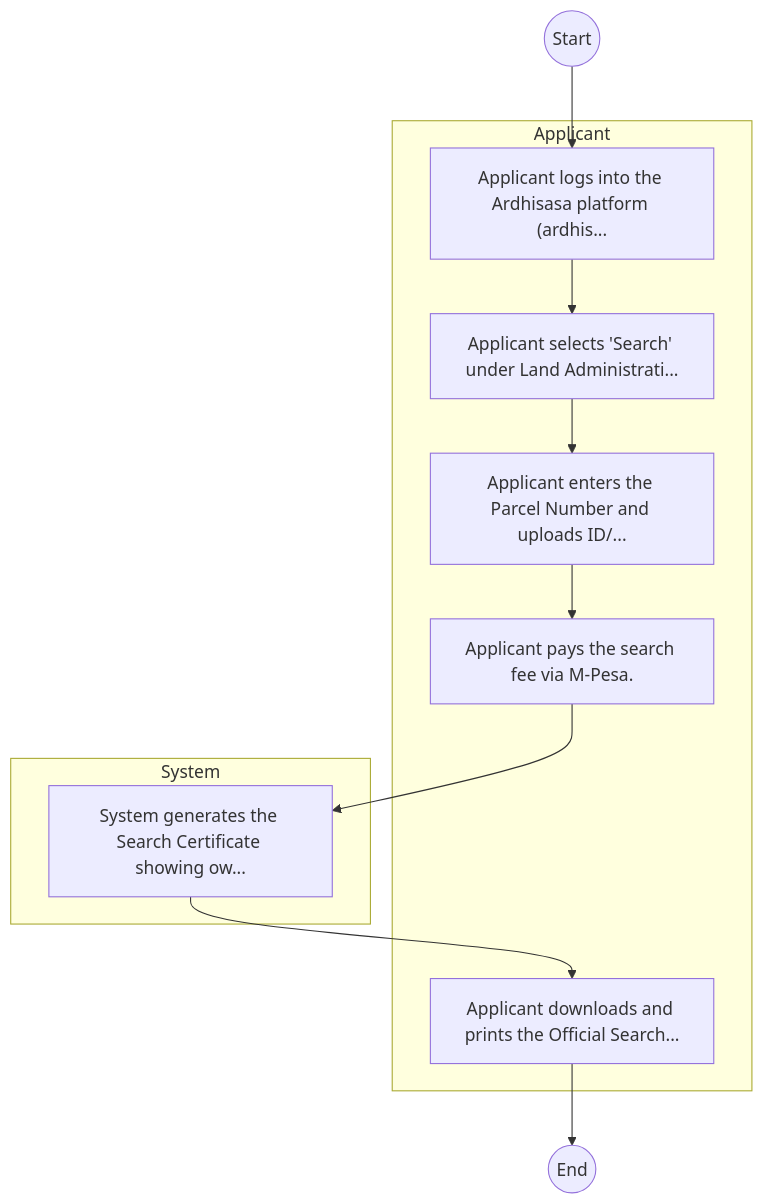
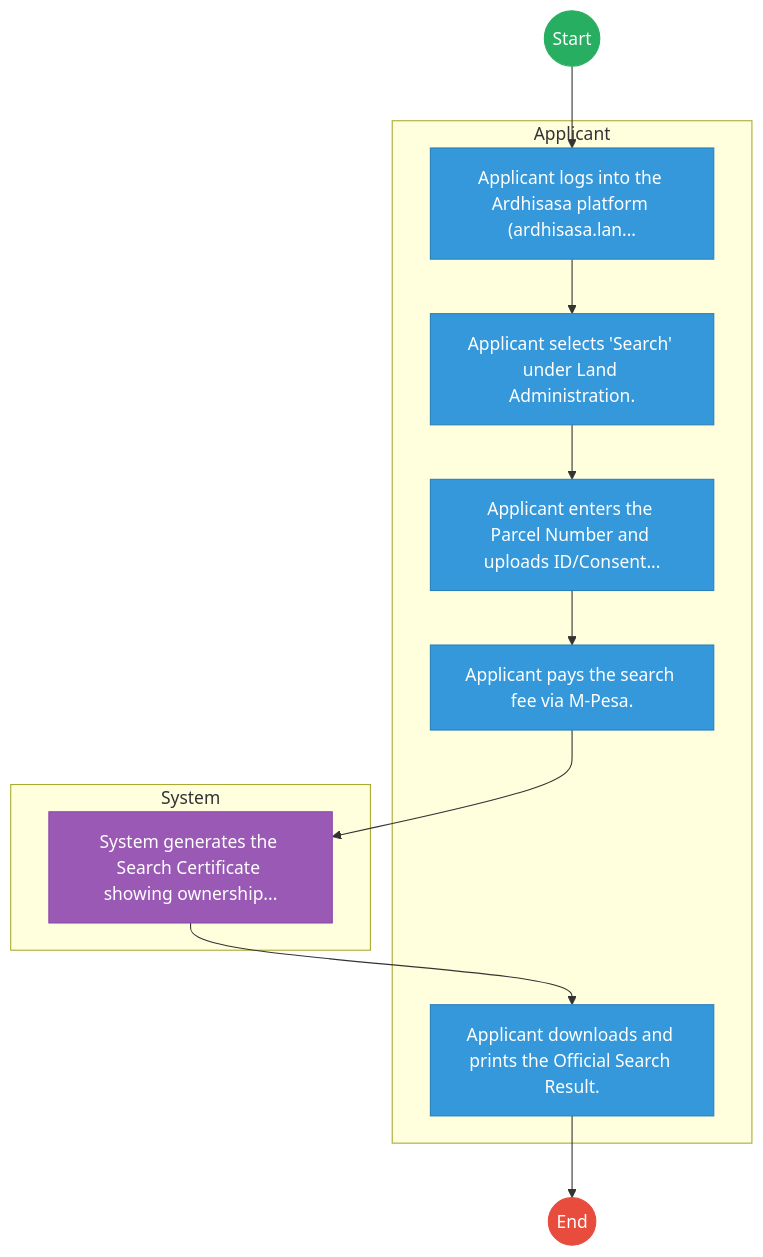
One commit to BITZ-IT-Consulting-LTD/ictapoc changed the first of 2 diagrams in mdas/docs_final/Lands_Limited_subsidiary_of_ADC____Service_Delivery.md. Above: the diagram before and after it, drawn with Mermaid. The commit also changed other lines of this file and 461 other files, not shown here.

````diff
--- a/mdas/docs_final/Lands_Limited_subsidiary_of_ADC____Service_Delivery.md
+++ b/mdas/docs_final/Lands_Limited_subsidiary_of_ADC____Service_Delivery.md
@@ -20,20 +20,32 @@
 ```mermaid
 graph TD
     Start((Start)) --> S1
+
     subgraph Applicant [Applicant]
-        S1["Applicant logs into the Ardhisasa platform (ardhis..."]
-        S2["Applicant selects 'Search' under Land Administrati..."]
-        S3["Applicant enters the Parcel Number and uploads ID/..."]
+        S1["Applicant logs into the Ardhisasa platform (ardhisasa.lan..."]
+        S2["Applicant selects 'Search' under Land Administration."]
+        S3["Applicant enters the Parcel Number and uploads ID/Consent..."]
         S4["Applicant pays the search fee via M-Pesa."]
-        S6["Applicant downloads and prints the Official Search..."]
+        S6["Applicant downloads and prints the Official Search Result."]
     end
+
     subgraph System [System]
-        S5["System generates the Search Certificate showing ow..."]
+        S5["System generates the Search Certificate showing ownership..."]
     end
     S1 --> S2
     S2 --> S3
     S3 --> S4
     S4 --> S5
     S5 --> S6
     S6 --> End((End))
+
+    classDef start fill:#27ae60,stroke:#27ae60,color:#fff;
+    classDef endNode fill:#e74c3c,stroke:#e74c3c,color:#fff;
+    classDef userTask fill:#3498db,stroke:#2980b9,color:#fff;
+    classDef serviceTask fill:#9b59b6,stroke:#8e44ad,color:#fff;
+
+    class Start start;
+    class End endNode;
+    class S1,S2,S3,S4,S6 userTask;
+    class S5 serviceTask;
 ```
````
